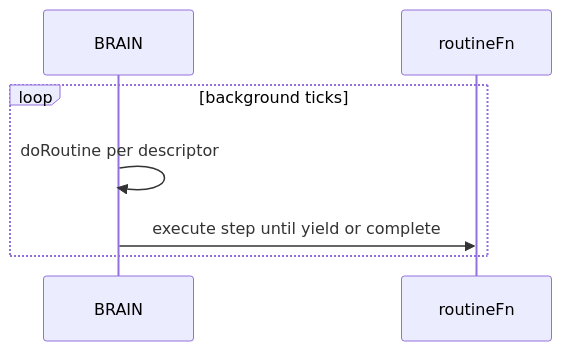
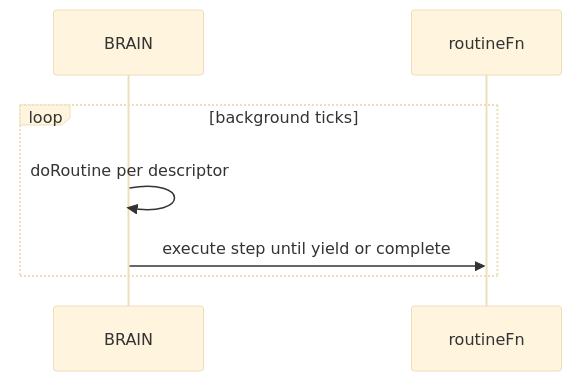
The second of 3 diagrams in docs/brain/coroutines.md (Gh0st352/AETHR), drawn with Mermaid before and after one commit. The commit also changed other lines of this file and 5 other files, not shown here.

First line of the commit message:
docs(diagrams): convert mermaid identifiers and improve styling

````diff
--- a/docs/brain/coroutines.md
+++ b/docs/brain/coroutines.md
@@ -35,9 +43,13 @@
 ```mermaid
+%%{init: {"theme":"base"}}%%
 sequenceDiagram
-  participant BR as BRAIN
-  participant FN as routineFn
-  loop background ticks
-    BR->>BR: doRoutine per descriptor
-    BR->>FN: execute step until yield or complete
+  %% background rect improves readability on dark docs
+  rect rgba(255,255,255,0.75)
+    participant BR as BRAIN
+    participant FN as routineFn
+    loop background ticks
+      BR->>BR: doRoutine per descriptor
+      BR->>FN: execute step until yield or complete
+    end
   end
 ```
````
